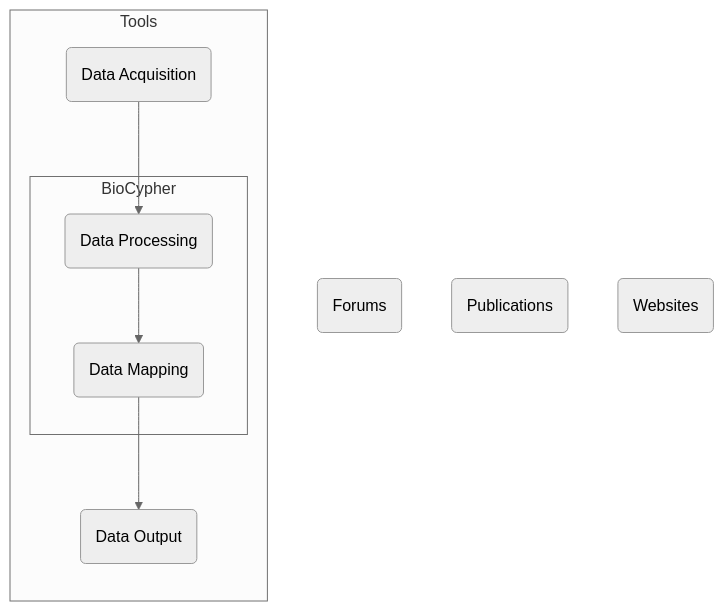
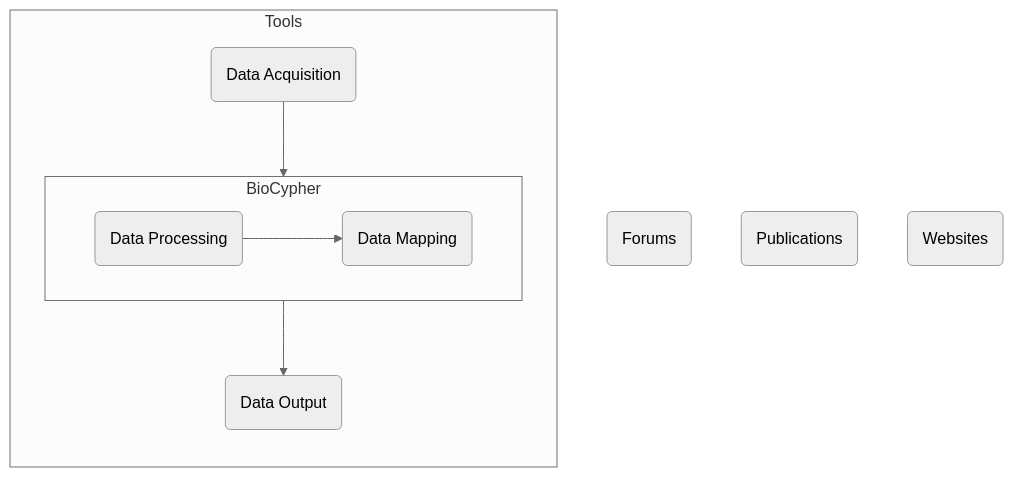
The second of 2 diagrams in README.md (HealthECCO/community-resources), drawn with Mermaid (neutral theme) before and after one commit.

````diff
--- a/README.md
+++ b/README.md
@@ -12,18 +12,18 @@
 ```mermaid
   flowchart TD; 
       F(Forums);
       P(Publications);
       W(Websites);
   click F "/HealthECCO/community-resources/blob/main/forums.md"
   click P "/HealthECCO/community-resources/blob/main/publications.md"
     subgraph Tools
       direction TB;
       DA(Data Acquisition)-->DP(Data Processing);
         subgraph BioCypher
-            
-            DP-->DM(Data Mapping);
+          direction LR;
+          DP-->DM(Data Mapping);
           end
       DM-->DO(Data Output);
      end
     click DO "/HealthECCO/community-resources/blob/main/README.md/#data-output"
 ```
````
